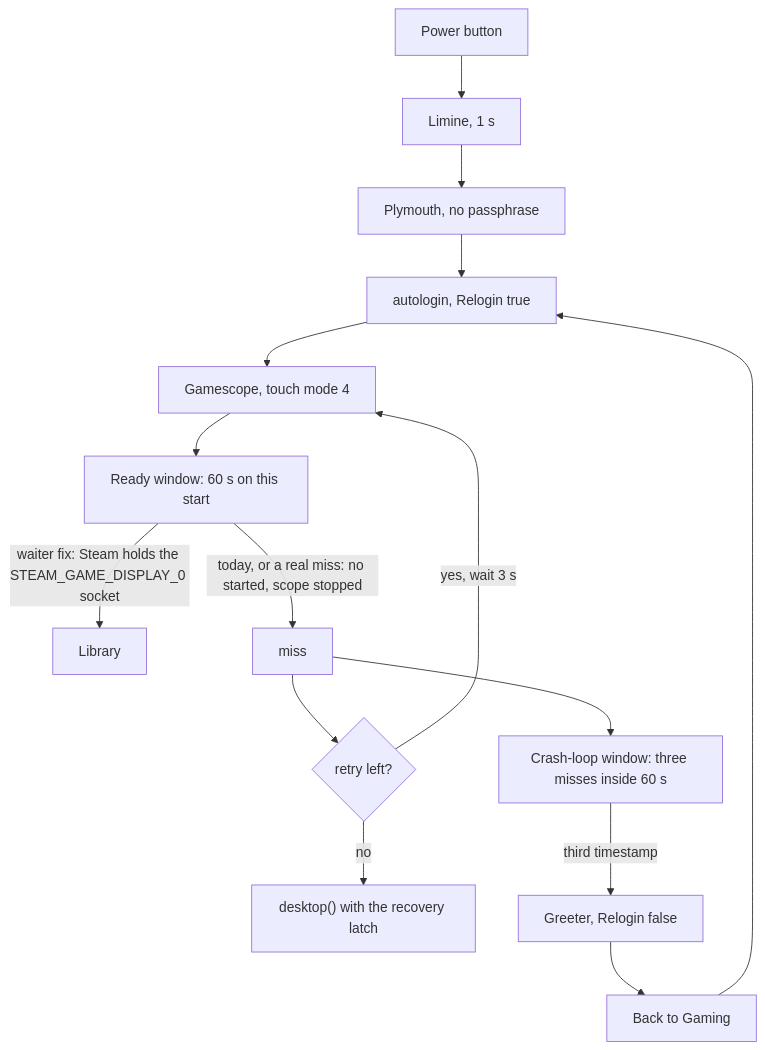
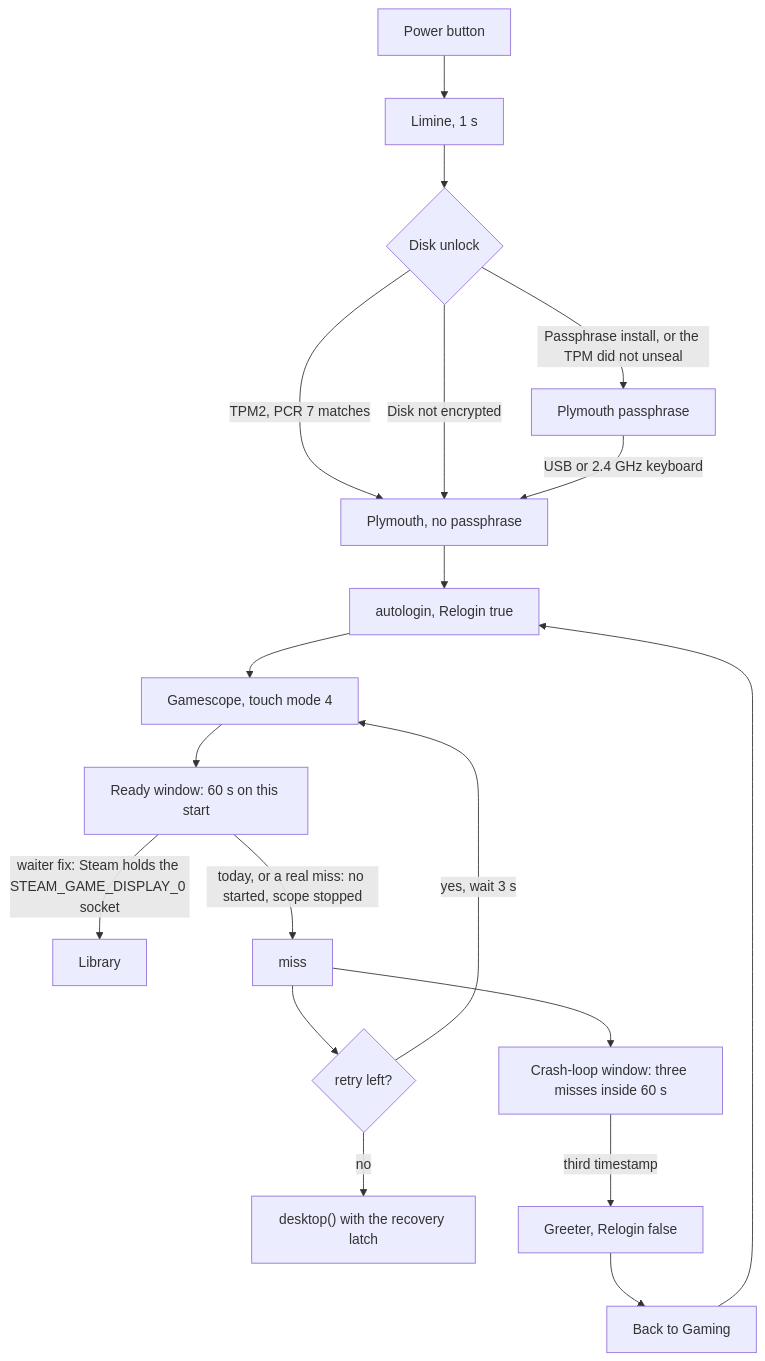
The diagram in docs/handheld/09-keyboard-free-boot.md (DanielJBurbridge/omarchy), drawn with Mermaid before and after one commit. The commit also changed other lines of this file and 8 other files, not shown here.

First line of the commit message:
Document TPM2 unlock for handheld disk encryption.

````diff
--- a/docs/handheld/09-keyboard-free-boot.md
+++ b/docs/handheld/09-keyboard-free-boot.md
@@ -53,17 +53,21 @@
 ```mermaid
 flowchart TD
   power[Power button] --> limine[Limine, 1 s]
-  limine --> plymouth[Plymouth, no passphrase]
+  limine --> disk{Disk unlock}
+  disk -->|TPM2, PCR 7 matches| plymouth[Plymouth, no passphrase]
+  disk -->|Disk not encrypted| plymouth
+  disk -->|Passphrase install, or the TPM did not unseal| prompt[Plymouth passphrase]
+  prompt -->|USB or 2.4 GHz keyboard| plymouth
   plymouth --> apply[autologin, Relogin true]
   apply --> attempt[Gamescope, touch mode 4]
   attempt --> ready["Ready window: 60 s on this start"]
   ready -->|waiter fix: Steam holds the STEAM_GAME_DISPLAY_0 socket| library[Library]
   ready -->|today, or a real miss: no started, scope stopped| miss[miss]
   miss --> retry{retry left?}
   retry -->|yes, wait 3 s| attempt
   retry -->|no| desk["desktop() with the recovery latch"]
   miss --> crash["Crash-loop window: three misses inside 60 s"]
   crash -->|third timestamp| greeter[Greeter, Relogin false]
   greeter --> back[Back to Gaming]
   back --> apply
 ```
````
